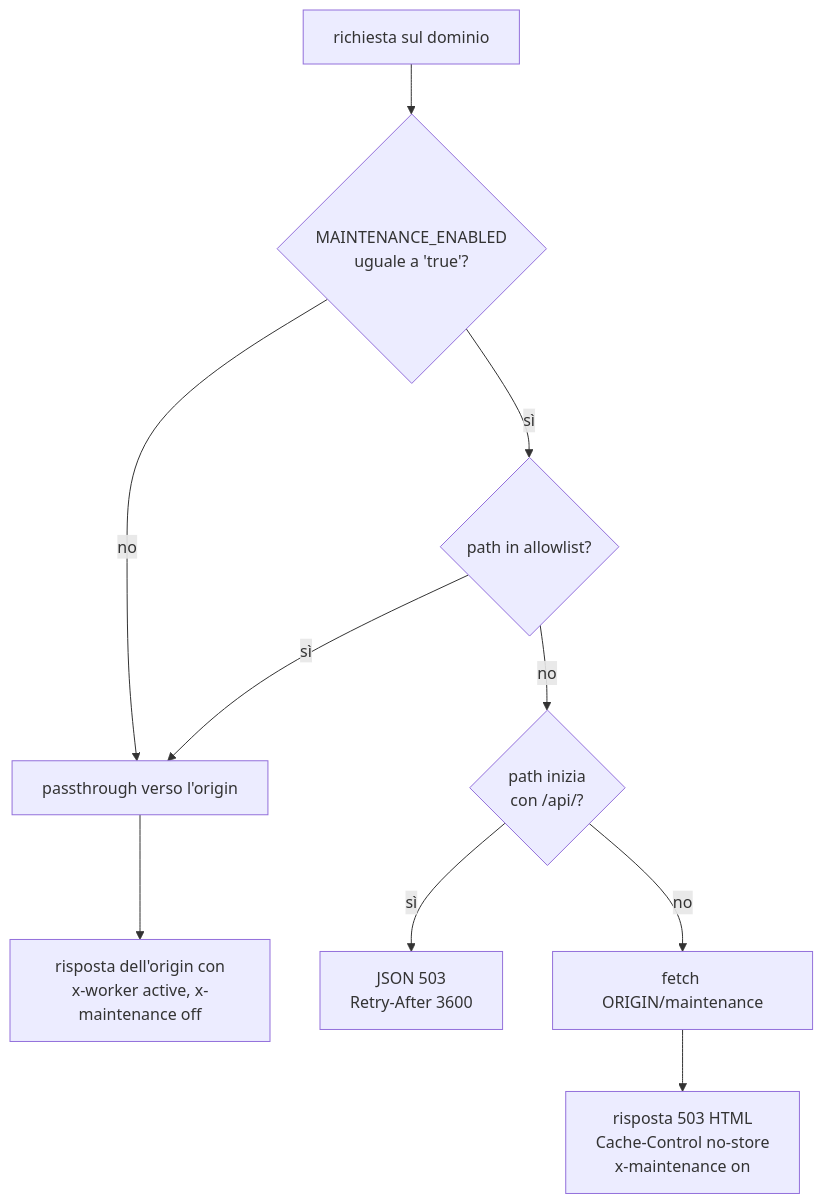
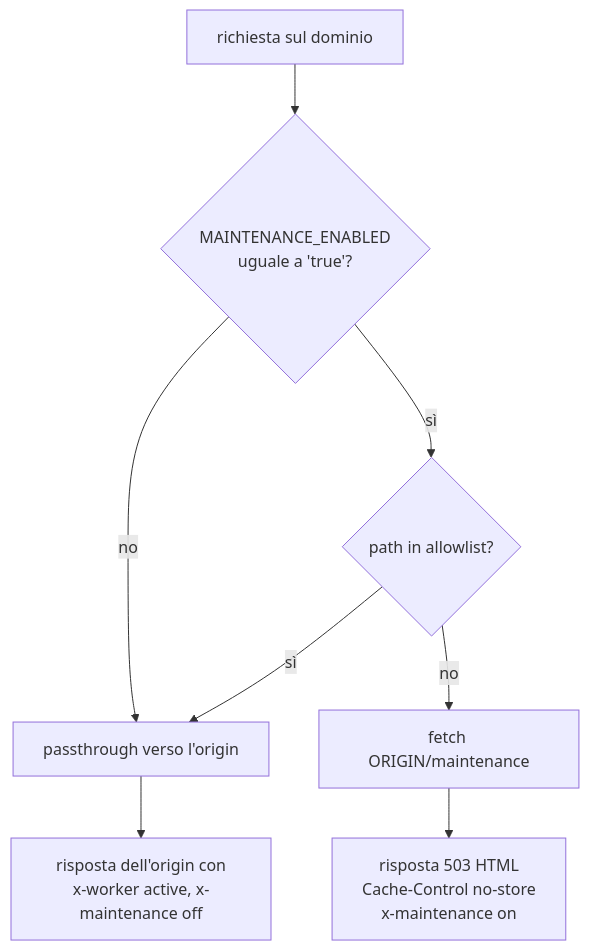
The diagram in cloudflare/maintenance-worker/README.md (Monferrina/vetreriamonferrina.com), drawn with Mermaid before and after one commit. The commit also changed other lines of this file and 5 other files, not shown here.

First line of the commit message:
Worker: via x-origin-verify e la risposta JSON delle API in manutenzione

````diff
--- a/cloudflare/maintenance-worker/README.md
+++ b/cloudflare/maintenance-worker/README.md
@@ -9,12 +9,10 @@
 ```mermaid
 flowchart TD
     A["richiesta sul dominio"] --> B{"MAINTENANCE_ENABLED<br/>uguale a 'true'?"}
     B -->|"no"| P["passthrough verso l'origin"]
     B -->|"sì"| C{"path in allowlist?"}
     C -->|"sì"| P
-    C -->|"no"| D{"path inizia<br/>con /api/?"}
-    D -->|"sì"| E["JSON 503<br/>Retry-After 3600"]
-    D -->|"no"| F["fetch ORIGIN/maintenance"]
+    C -->|"no"| F["fetch ORIGIN/maintenance"]
     F --> G["risposta 503 HTML<br/>Cache-Control no-store<br/>x-maintenance on"]
     P --> H["risposta dell'origin con<br/>x-worker active, x-maintenance off"]
 ```
````
